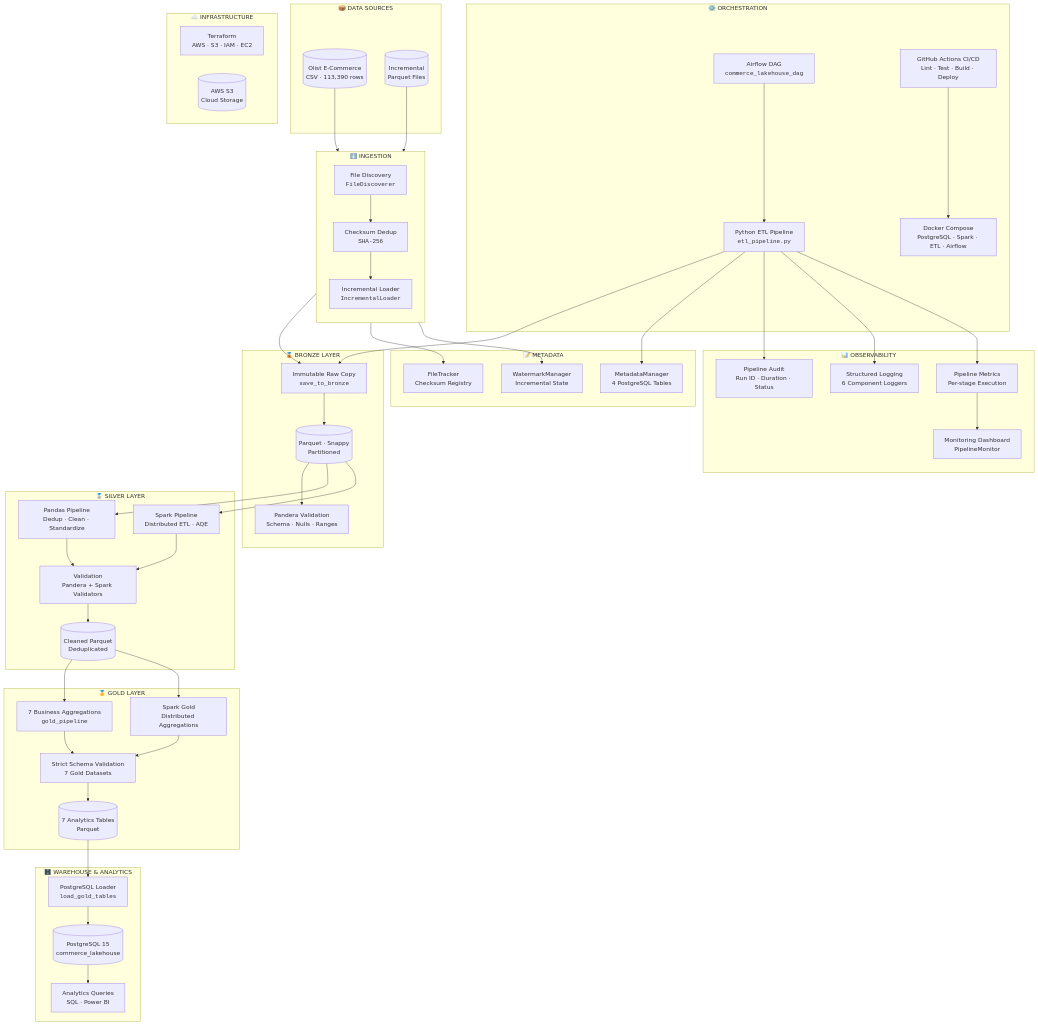
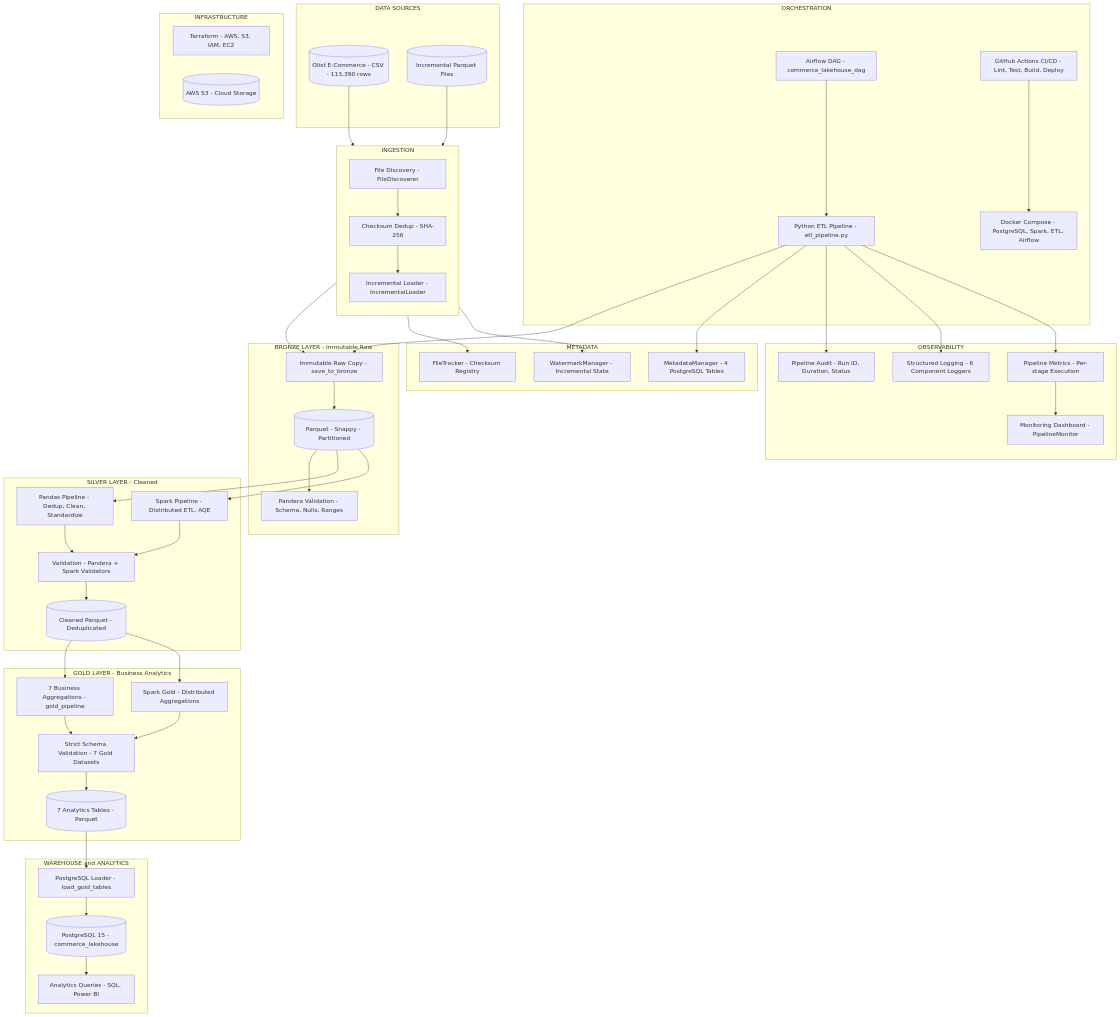
The first of 7 diagrams in README.md (ojeshwigautam/DataLakehouse-Platform), drawn with Mermaid before and after one commit. The commit also changed other lines of this file and 3 other files, not shown here.

Commit message:
docs: add comprehensive project documentation and architecture guides

````diff
--- a/README.md
+++ b/README.md
@@ -104,66 +104,67 @@
 ```mermaid
+%%{init: {"flowchart": {"htmlLabels": false}} }%%
 flowchart TB
-    subgraph Sources["📦 DATA SOURCES"]
-        CSV[("Olist E-Commerce<br/>CSV · 113,390 rows")]
-        INCR[("Incremental<br/>Parquet Files")]
+    subgraph Sources["DATA SOURCES"]
+        CSV[("Olist E-Commerce - CSV - 113,390 rows")]
+        INCR[("Incremental Parquet Files")]
     end
 
-    subgraph Ingestion["⬇️ INGESTION"]
+    subgraph Ingestion["INGESTION"]
         direction TB
-        FD[File Discovery<br/><code>FileDiscoverer</code>]
-        CHK[Checksum Dedup<br/><code>SHA-256</code>]
-        IL[Incremental Loader<br/><code>IncrementalLoader</code>]
+        FD[File Discovery - FileDiscoverer]
+        CHK[Checksum Dedup - SHA-256]
+        IL[Incremental Loader - IncrementalLoader]
     end
 
-    subgraph Bronze["🥉 BRONZE LAYER"]
-        B_SAVE[Immutable Raw Copy<br/><code>save_to_bronze</code>]
-        B_VALID[Pandera Validation<br/>Schema · Nulls · Ranges]
-        B_PARQUET[("Parquet · Snappy<br/>Partitioned")]
+    subgraph Bronze["BRONZE LAYER - Immutable Raw"]
+        B_SAVE[Immutable Raw Copy - save_to_bronze]
+        B_VALID[Pandera Validation - Schema, Nulls, Ranges]
+        B_PARQUET[("Parquet - Snappy - Partitioned")]
     end
 
-    subgraph Silver["🥈 SILVER LAYER"]
-        S_PANDAS[Pandas Pipeline<br/>Dedup · Clean · Standardize]
-        S_SPARK[Spark Pipeline<br/>Distributed ETL · AQE]
-        S_VALID[Validation<br/>Pandera + Spark Validators]
-        S_PARQUET[("Cleaned Parquet<br/>Deduplicated")]
+    subgraph Silver["SILVER LAYER - Cleaned"]
+        S_PANDAS[Pandas Pipeline - Dedup, Clean, Standardize]
+        S_SPARK[Spark Pipeline - Distributed ETL, AQE]
+        S_VALID[Validation - Pandera + Spark Validators]
+        S_PARQUET[("Cleaned Parquet - Deduplicated")]
     end
 
-    subgraph Gold["🥇 GOLD LAYER"]
-        G_PANDAS[7 Business Aggregations<br/><code>gold_pipeline</code>]
-        G_SPARK[Spark Gold<br/>Distributed Aggregations]
-        G_VALID[Strict Schema Validation<br/>7 Gold Datasets]
-        G_TABLES[("7 Analytics Tables<br/>Parquet")]
+    subgraph Gold["GOLD LAYER - Business Analytics"]
+        G_PANDAS[7 Business Aggregations - gold_pipeline]
+        G_SPARK[Spark Gold - Distributed Aggregations]
+        G_VALID[Strict Schema Validation - 7 Gold Datasets]
+        G_TABLES[("7 Analytics Tables - Parquet")]
     end
 
-    subgraph Warehouse["🗄️ WAREHOUSE & ANALYTICS"]
-        PG_LOAD[PostgreSQL Loader<br/><code>load_gold_tables</code>]
-        PG[(PostgreSQL 15<br/>commerce_lakehouse)]
-        QUERIES[Analytics Queries<br/>SQL · Power BI]
+    subgraph Warehouse["WAREHOUSE and ANALYTICS"]
+        PG_LOAD[PostgreSQL Loader - load_gold_tables]
+        PG[(PostgreSQL 15 - commerce_lakehouse)]
+        QUERIES[Analytics Queries - SQL, Power BI]
     end
 
-    subgraph Orchestration["⚙️ ORCHESTRATION"]
-        PIPELINE[Python ETL Pipeline<br/><code>etl_pipeline.py</code>]
-        DAG[Airflow DAG<br/><code>commerce_lakehouse_dag</code>]
-        DOCKER[Docker Compose<br/>PostgreSQL · Spark · ETL · Airflow]
-        CI[GitHub Actions CI/CD<br/>Lint · Test · Build · Deploy]
+    subgraph Orchestration["ORCHESTRATION"]
+        PIPELINE[Python ETL Pipeline - etl_pipeline.py]
+        DAG[Airflow DAG - commerce_lakehouse_dag]
+        DOCKER[Docker Compose - PostgreSQL, Spark, ETL, Airflow]
+        CI[GitHub Actions CI/CD - Lint, Test, Build, Deploy]
     end
 
-    subgraph Observability["📊 OBSERVABILITY"]
-        LOG[Structured Logging<br/>6 Component Loggers]
-        METRICS[Pipeline Metrics<br/>Per-stage Execution]
-        MONITOR[Monitoring Dashboard<br/>PipelineMonitor]
-        AUDIT[Pipeline Audit<br/>Run ID · Duration · Status]
+    subgraph Observability["OBSERVABILITY"]
+        LOG[Structured Logging - 6 Component Loggers]
+        METRICS[Pipeline Metrics - Per-stage Execution]
+        MONITOR[Monitoring Dashboard - PipelineMonitor]
+        AUDIT[Pipeline Audit - Run ID, Duration, Status]
     end
 
-    subgraph Metadata["📝 METADATA"]
-        MM[MetadataManager<br/>4 PostgreSQL Tables]
-        FT[FileTracker<br/>Checksum Registry]
-        WM[WatermarkManager<br/>Incremental State]
+    subgraph Metadata["METADATA"]
+        MM[MetadataManager - 4 PostgreSQL Tables]
+        FT[FileTracker - Checksum Registry]
+        WM[WatermarkManager - Incremental State]
     end
 
-    subgraph Infra["☁️ INFRASTRUCTURE"]
-        TF[Terraform<br/>AWS · S3 · IAM · EC2]
-        S3[(AWS S3<br/>Cloud Storage)]
+    subgraph Infra["INFRASTRUCTURE"]
+        TF[Terraform - AWS, S3, IAM, EC2]
+        S3[(AWS S3 - Cloud Storage)]
     end
 
     %% Data flow
````
